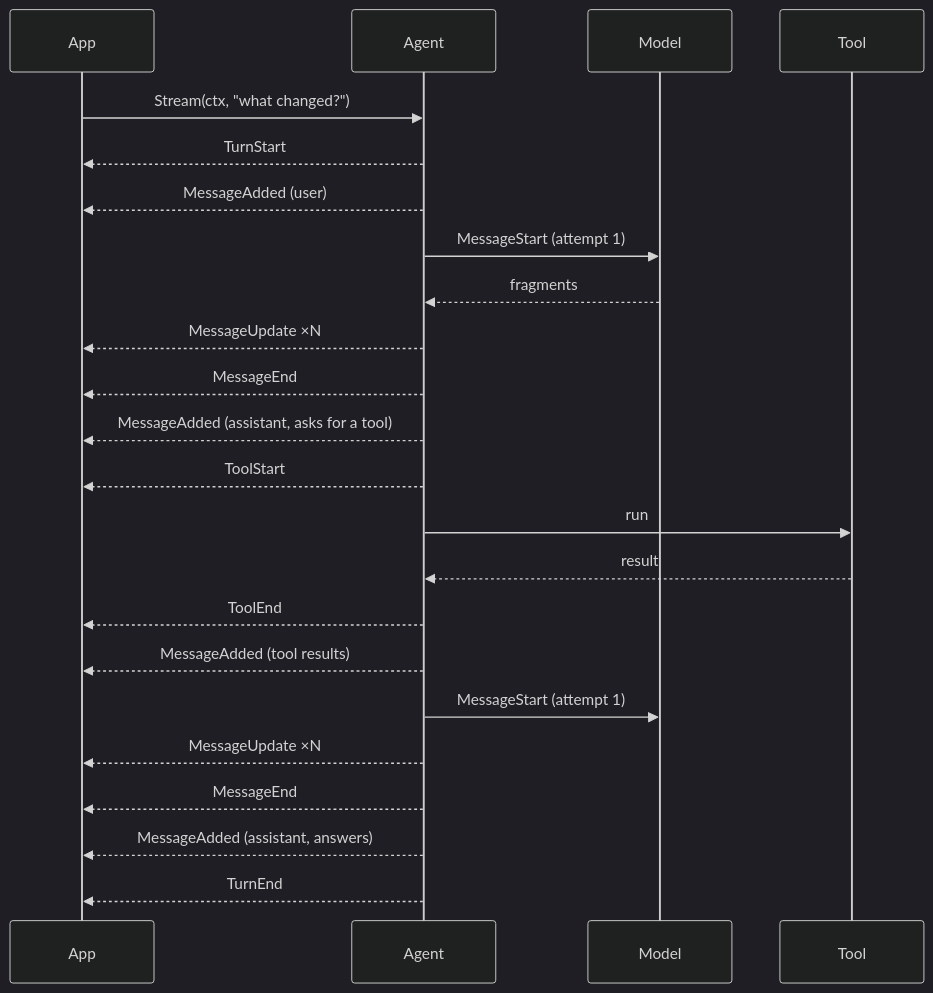
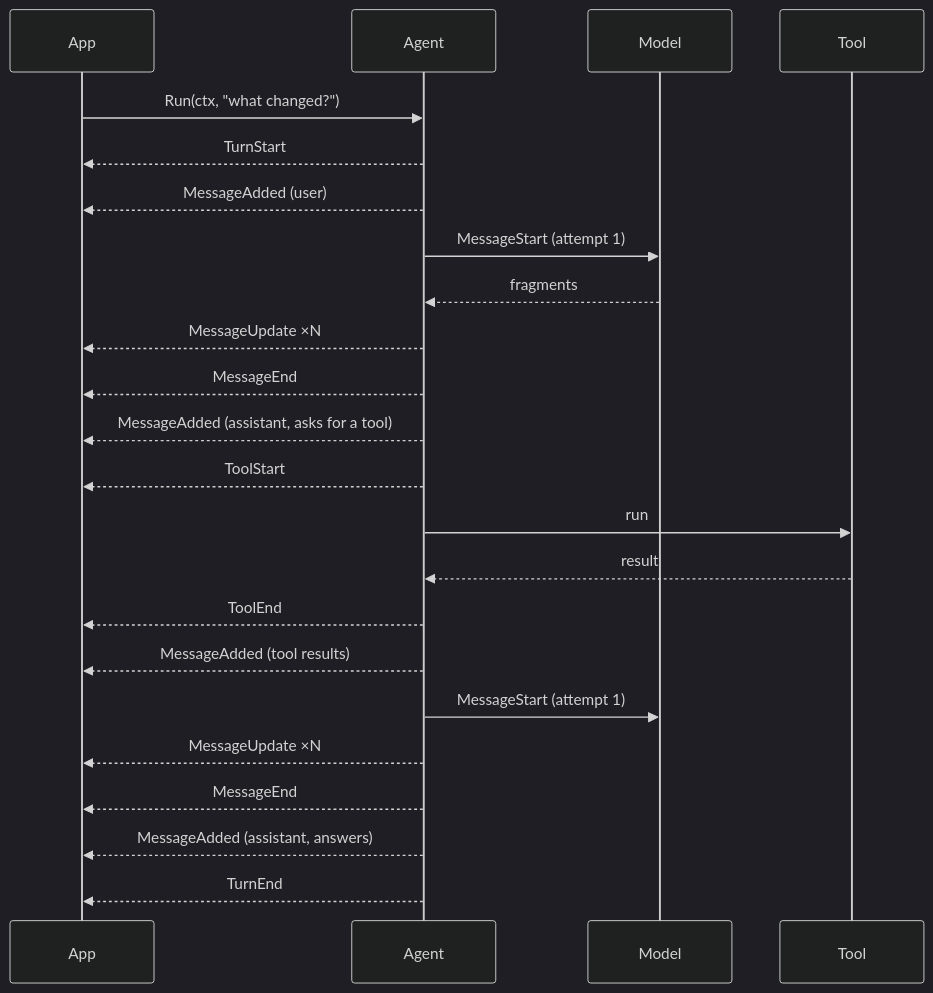
One commit to genai-io/sdk-go changed the third of 5 diagrams in docs/agent.md. Above: the diagram before and after it, drawn with Mermaid (dark theme). The commit also changed other lines of this file and 9 other files, not shown here.

First line of the commit message:
refactor(agent): the one way in is Run

````diff
--- a/docs/agent.md
+++ b/docs/agent.md
@@ -130,26 +125,26 @@
 ```mermaid
 sequenceDiagram
     participant App
     participant Agent
     participant Model
     participant Tool
 
-    App->>Agent: Stream(ctx, "what changed?")
+    App->>Agent: Run(ctx, "what changed?")
     Agent-->>App: TurnStart
     Agent-->>App: MessageAdded (user)
     Agent->>Model: MessageStart (attempt 1)
     Model-->>Agent: fragments
     Agent-->>App: MessageUpdate ×N
     Agent-->>App: MessageEnd
     Agent-->>App: MessageAdded (assistant, asks for a tool)
     Agent-->>App: ToolStart
     Agent->>Tool: run
     Tool-->>Agent: result
     Agent-->>App: ToolEnd
     Agent-->>App: MessageAdded (tool results)
     Agent->>Model: MessageStart (attempt 1)
     Agent-->>App: MessageUpdate ×N
     Agent-->>App: MessageEnd
     Agent-->>App: MessageAdded (assistant, answers)
     Agent-->>App: TurnEnd
 ```
````
